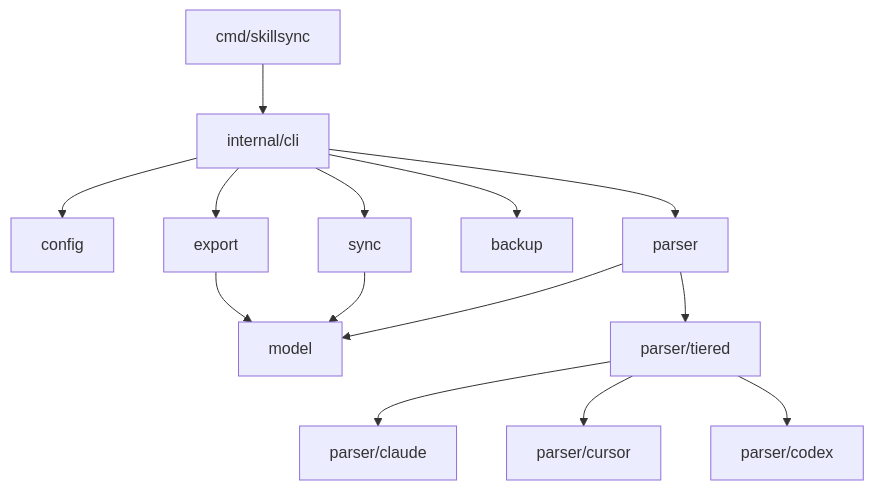
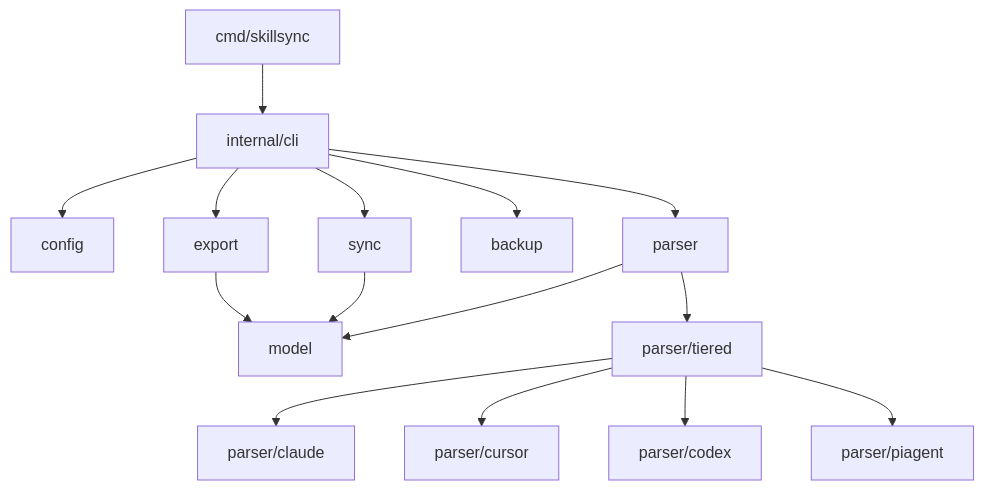
The diagram in docs/architecture.md (klauern/skillsync), drawn with Mermaid before and after one commit. The commit also changed other lines of this file and 29 other files, not shown here.

````diff
--- a/docs/architecture.md
+++ b/docs/architecture.md
@@ -5,16 +5,17 @@
 ```mermaid
 graph TD
     cmd[cmd/skillsync] --> cli[internal/cli]
     cli --> config[config]
     cli --> parser[parser]
     cli --> sync[sync]
     cli --> backup[backup]
     cli --> export[export]
     parser --> model[model]
     sync --> model
     export --> model
     parser --> tiered[parser/tiered]
     tiered --> claude[parser/claude]
     tiered --> cursor[parser/cursor]
     tiered --> codex[parser/codex]
+    tiered --> piagent[parser/piagent]
 ```
````
